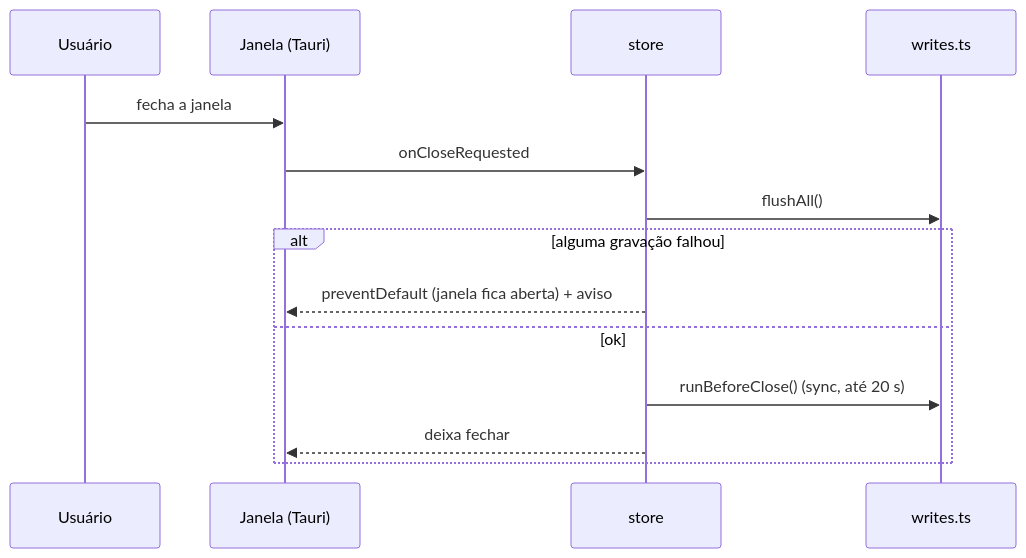
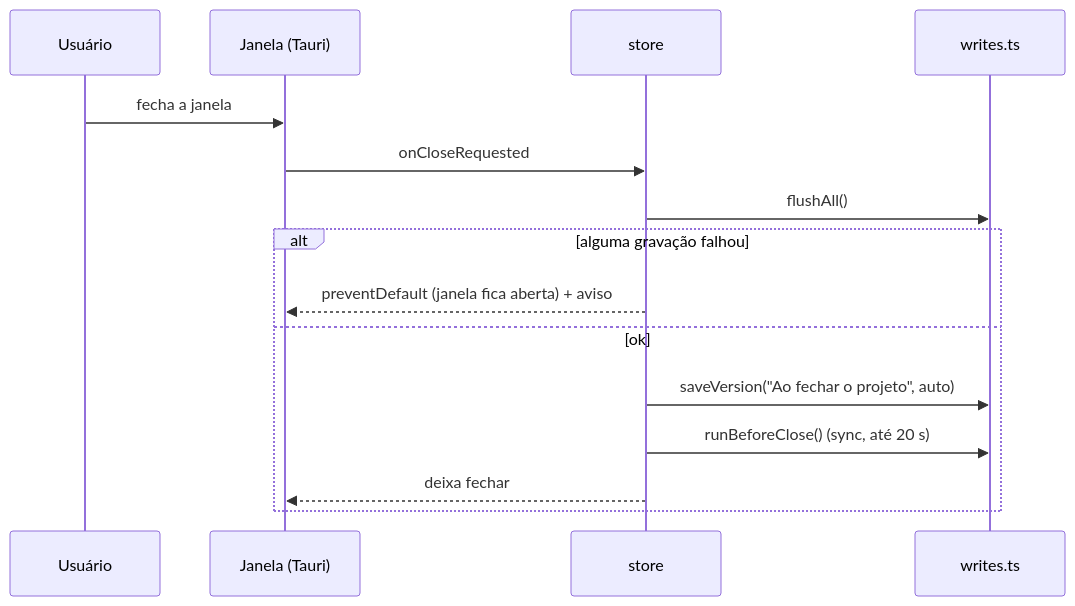
The third of 6 diagrams in docs/arquitetura.md (Marcosdeobjunior/projetc), drawn with Mermaid before and after one commit. The commit also changed other lines of this file and 4 other files, not shown here.

First line of the commit message:
Save the closing version on every way out of a project; clearer attachment errors

````diff
--- a/docs/arquitetura.md
+++ b/docs/arquitetura.md
@@ -294,16 +294,17 @@
 ```mermaid
 sequenceDiagram
   participant U as Usuário
   participant W as Janela (Tauri)
   participant S as store
   participant Q as writes.ts
   U->>W: fecha a janela
   W->>S: onCloseRequested
   S->>Q: flushAll()
   alt alguma gravação falhou
     S-->>W: preventDefault (janela fica aberta) + aviso
   else ok
+    S->>Q: saveVersion("Ao fechar o projeto", auto)
     S->>Q: runBeforeClose() (sync, até 20 s)
     S-->>W: deixa fechar
   end
 ```
````
